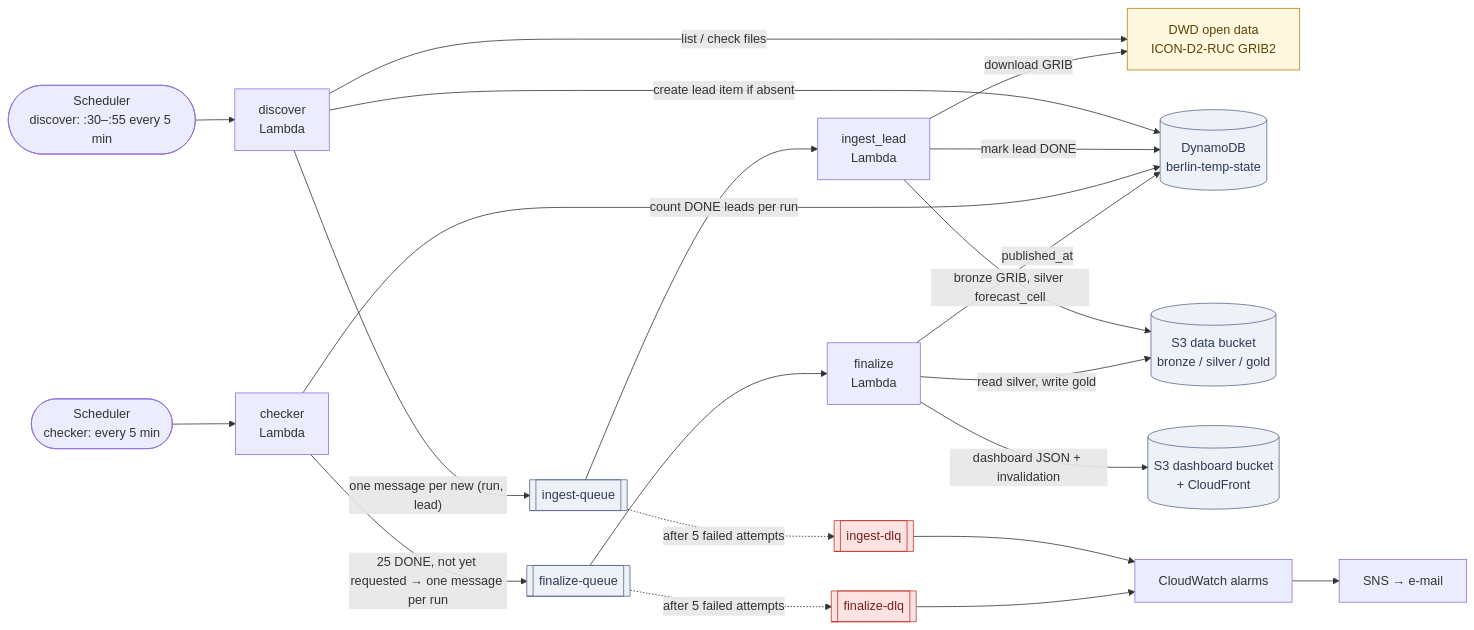
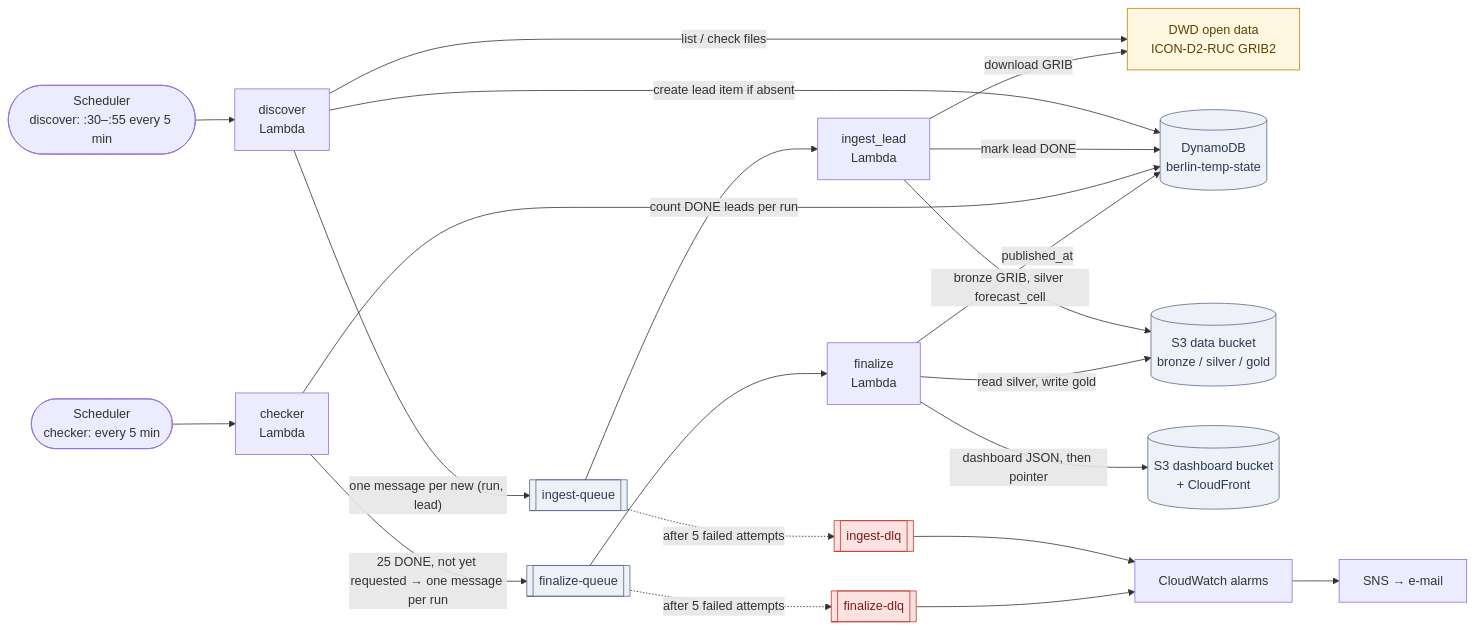
One commit to ohexel/berlin-temp-aws changed the first of 3 diagrams in docs/orchestration-plan.md. Above: the diagram before and after it, drawn with Mermaid. The commit also changed other lines of this file and 14 other files, not shown here.

````diff
--- a/docs/orchestration-plan.md
+++ b/docs/orchestration-plan.md
@@ -31,44 +34,44 @@
 ```mermaid
 flowchart LR
     classDef store fill:#eef1f7,stroke:#5b6b8c,color:#2d3a55
     classDef fail fill:#fde2e2,stroke:#c0392b,color:#7b1d1d
     classDef ext fill:#fff7e0,stroke:#b8860b,color:#5c4300
 
     DWD["DWD open data<br/>ICON-D2-RUC GRIB2"]:::ext
     SCHED1(["Scheduler<br/>discover: :30–:55 every 5 min"])
     SCHED2(["Scheduler<br/>checker: every 5 min"])
     DISC["discover<br/>Lambda"]
     CHK["checker<br/>Lambda"]
     IQ[["ingest-queue"]]:::store
     ING["ingest_lead<br/>Lambda"]
     FQ[["finalize-queue"]]:::store
     FIN["finalize<br/>Lambda"]
     DDB[("DynamoDB<br/>berlin-temp-state")]:::store
     S3[("S3 data bucket<br/>bronze / silver / gold")]:::store
     WEB[("S3 dashboard bucket<br/>+ CloudFront")]:::store
     IDLQ[["ingest-dlq"]]:::fail
     FDLQ[["finalize-dlq"]]:::fail
     CW["CloudWatch alarms"]
     SNS["SNS → e-mail"]
 
     SCHED1 --> DISC
     DISC -- "list / check files" --> DWD
     DISC -- "create lead item if absent" --> DDB
     DISC -- "one message per new (run, lead)" --> IQ
     IQ --> ING
     ING -- "download GRIB" --> DWD
     ING -- "bronze GRIB, silver forecast_cell" --> S3
     ING -- "mark lead DONE" --> DDB
     SCHED2 --> CHK
     CHK -- "count DONE leads per run" --> DDB
     CHK -- "25 DONE, not yet requested → one message per run" --> FQ
     FQ --> FIN
     FIN -- "read silver, write gold" --> S3
     FIN -- "published_at" --> DDB
-    FIN -- "dashboard JSON + invalidation" --> WEB
+    FIN -- "dashboard JSON, then pointer" --> WEB
     IQ -. "after 5 failed attempts" .-> IDLQ
     FQ -. "after 5 failed attempts" .-> FDLQ
     IDLQ --> CW
     FDLQ --> CW
     CW --> SNS
 ```
````
